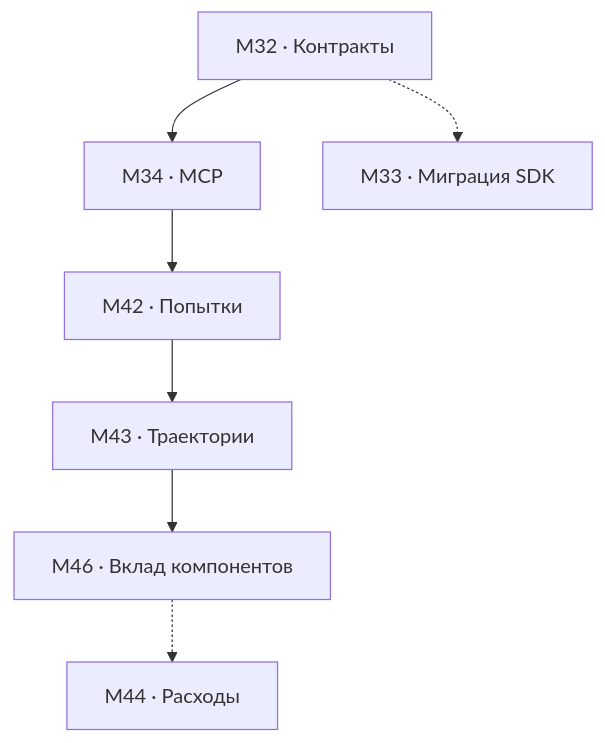
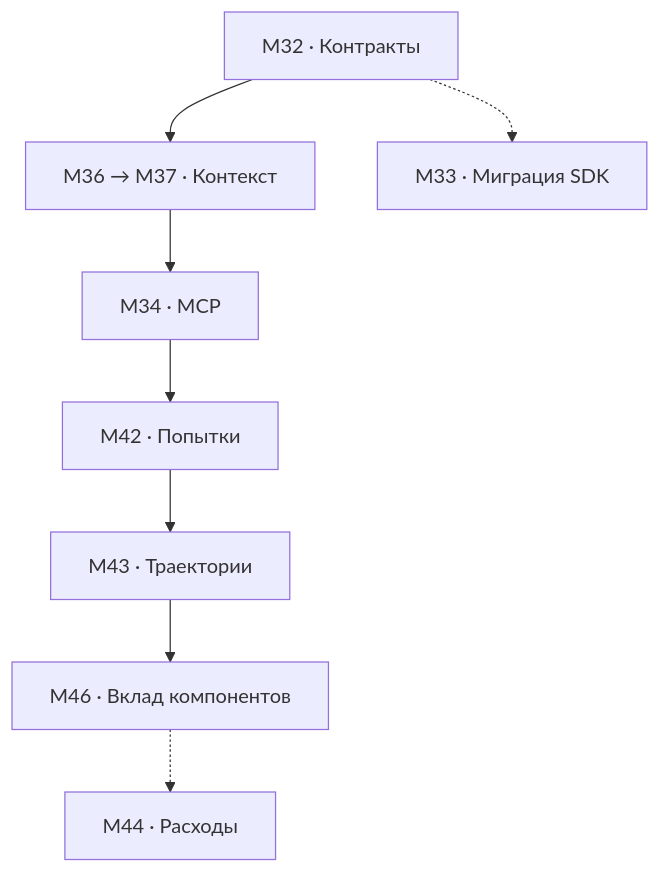
Before and after one commit to 620474/applied-ai-reading: the diagram in agents.md, drawn with Mermaid. The commit also changed other lines of this file and 6 other files, not shown here.

Commit message:
Expand Applied AI roadmap: fundamentals, eval statistics, context and production

````diff
--- a/agents.md
+++ b/agents.md
@@ -5,7 +5,7 @@
 ```mermaid
 flowchart TD
-A["M32 · Контракты"] --> B["M34 · MCP"]
+A["M32 · Контракты"] --> K["M36 → M37 · Контекст"] --> B["M34 · MCP"]
 A -.-> C["M33 · Миграция SDK"]
 B --> D["M42 · Попытки"] --> E["M43 · Траектории"] --> F["M46 · Вклад компонентов"]
 F -.-> G["M44 · Расходы"]
 ```
````
